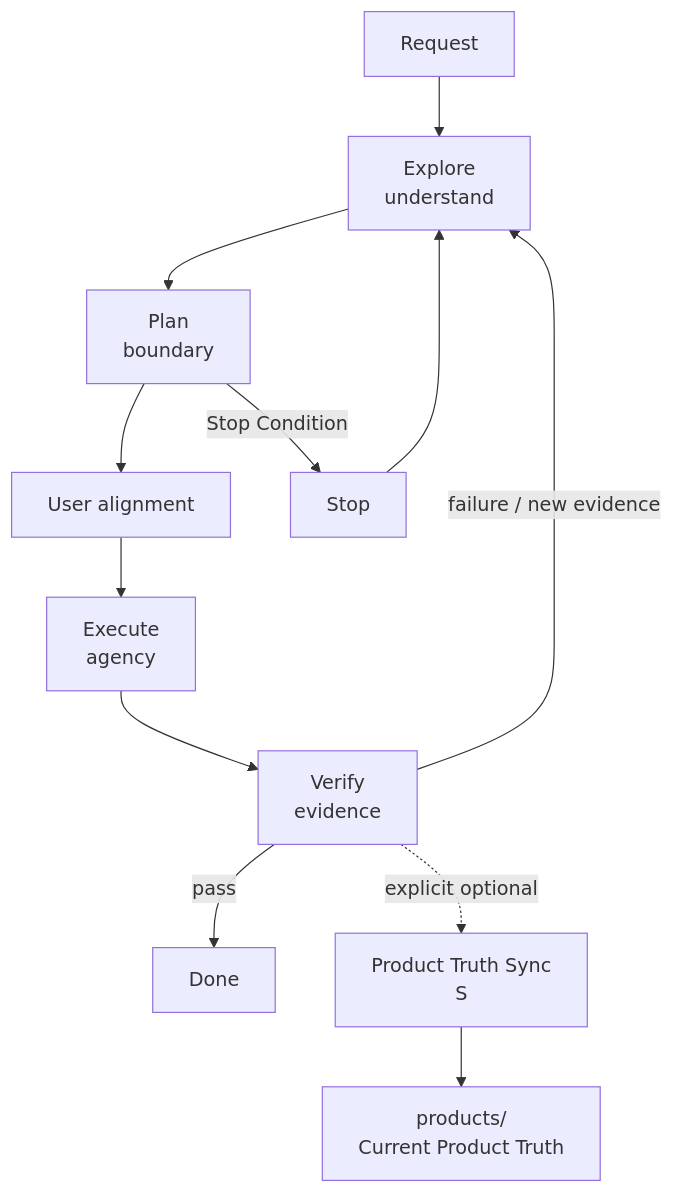
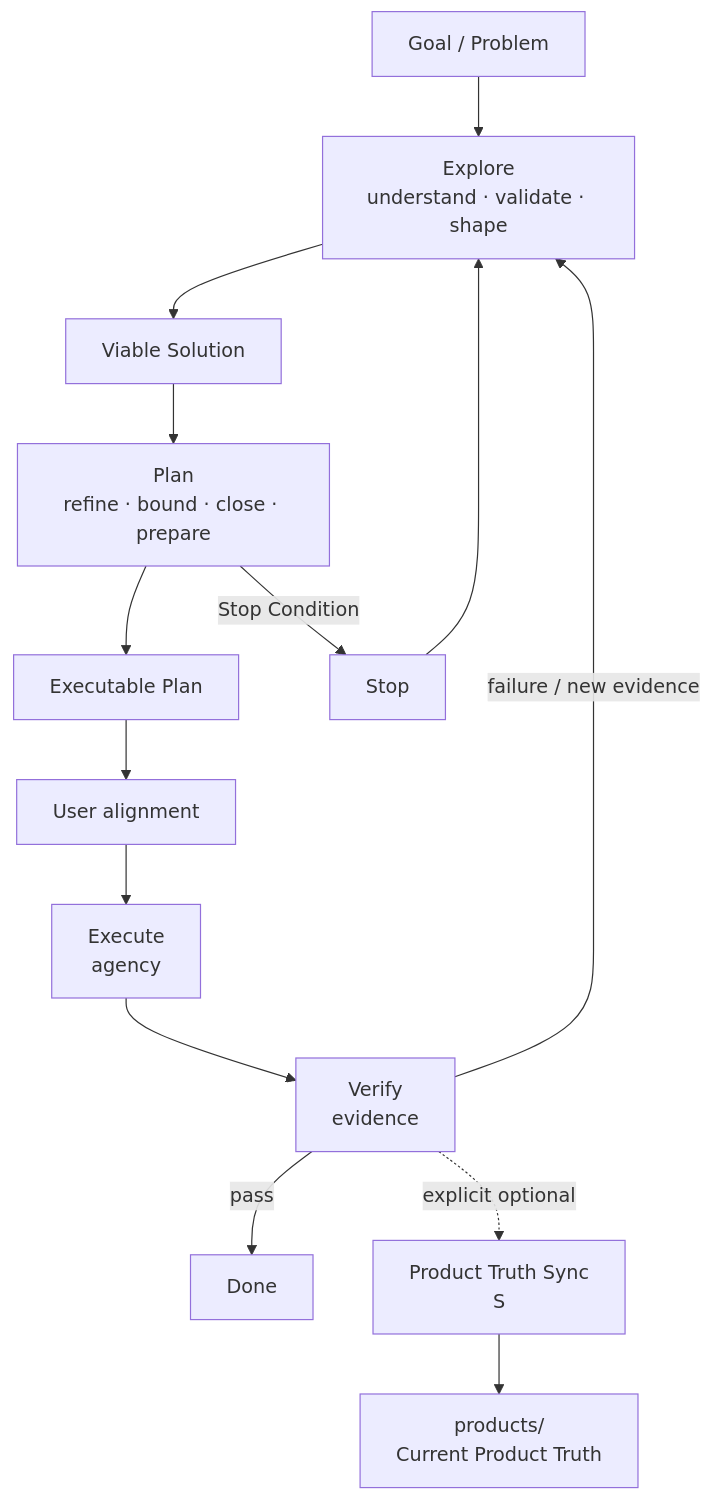
The second of 9 diagrams in docs/workflows/engineering-task-loop/README.md (cnxutu/tu-engineering-workbench), drawn with Mermaid before and after one commit. The commit also changed other lines of this file and 4 other files, not shown here.

````diff
--- a/docs/workflows/engineering-task-loop/README.md
+++ b/docs/workflows/engineering-task-loop/README.md
@@ -155,14 +155,16 @@
 ```mermaid
 flowchart TD
-    REQUEST[Request] --> EXPLORE[Explore<br/>understand]
-    EXPLORE --> PLAN[Plan<br/>boundary]
-    PLAN --> ALIGN[User alignment]
+    REQUEST[Goal / Problem] --> EXPLORE[Explore<br/>understand · validate · shape]
+    EXPLORE --> VIABLE[Viable Solution]
+    VIABLE --> PLAN[Plan<br/>refine · bound · close · prepare]
+    PLAN --> EXECUTABLE[Executable Plan]
+    EXECUTABLE --> ALIGN[User alignment]
     ALIGN --> EXECUTE[Execute<br/>agency]
     EXECUTE --> VERIFY[Verify<br/>evidence]
     VERIFY -->|pass| DONE[Done]
     VERIFY -. explicit optional .-> SYNC[Product Truth Sync<br/>S]
     SYNC --> PRODUCTS[products/<br/>Current Product Truth]
     VERIFY -->|failure / new evidence| EXPLORE
     PLAN -->|Stop Condition| STOP[Stop]
     STOP --> EXPLORE
 ```
````
